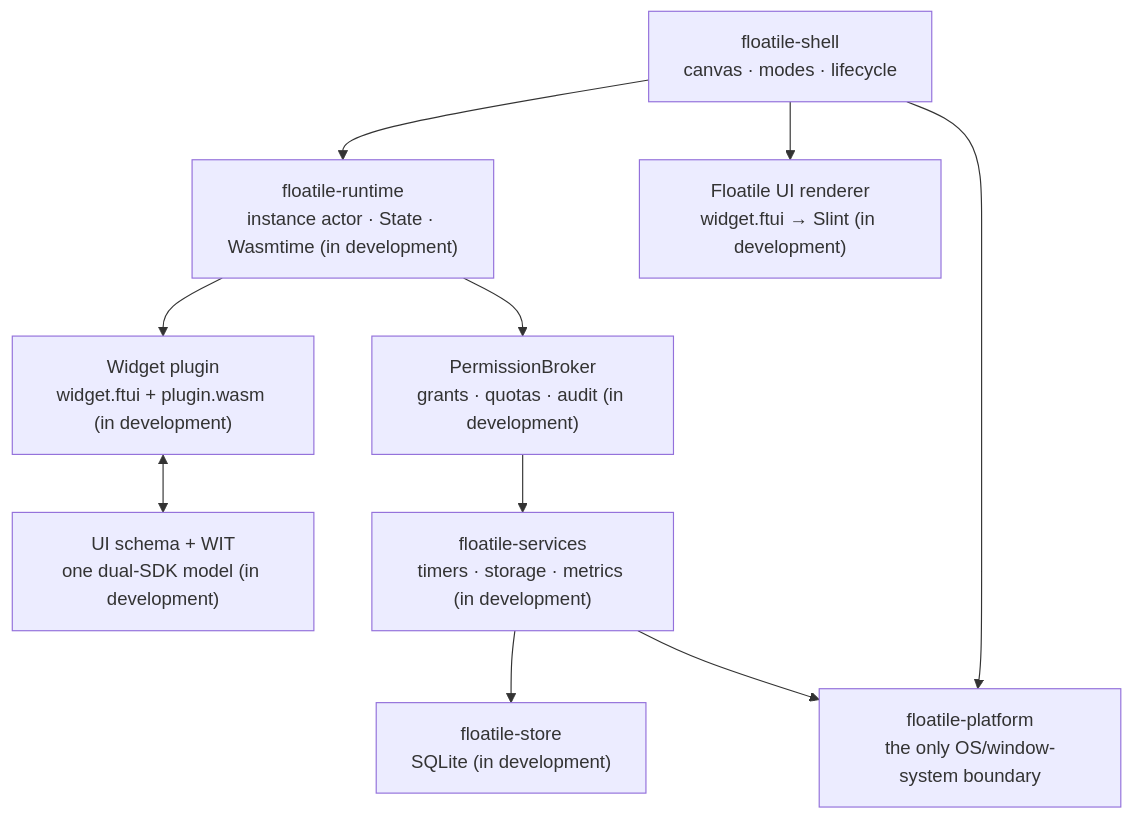
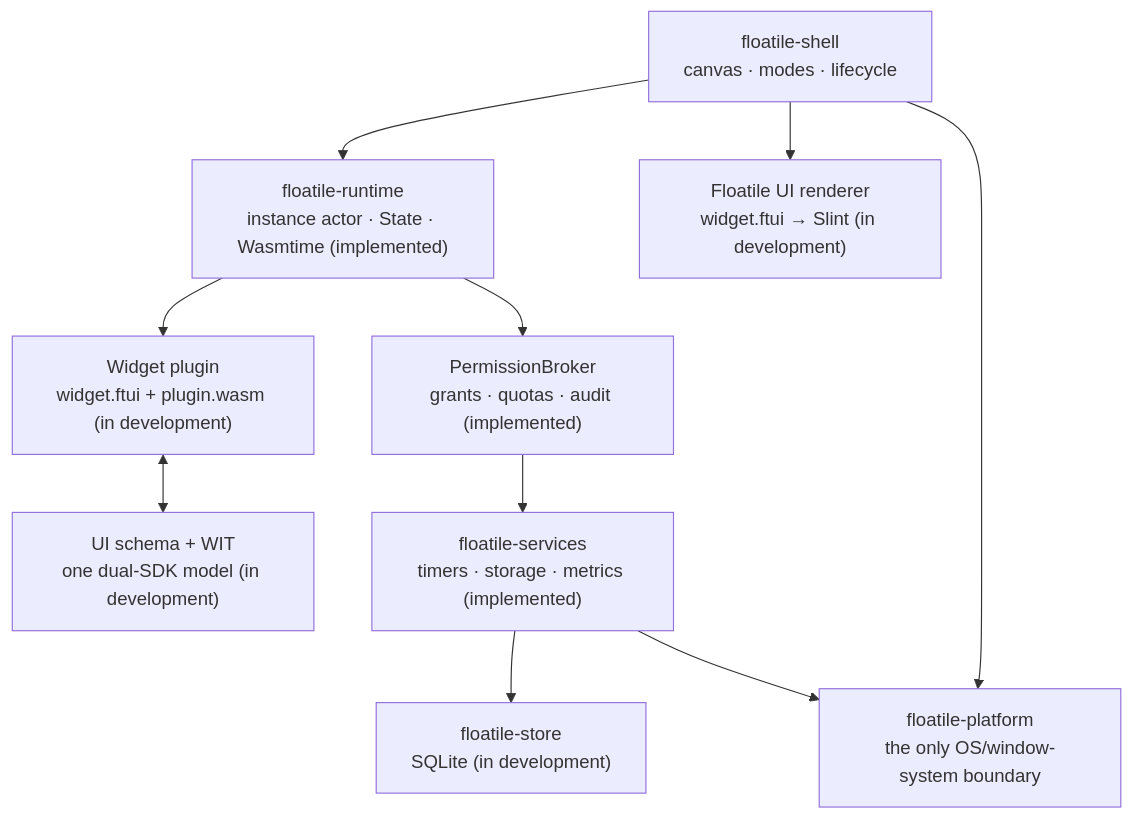
The diagram in README.en.md (powercess/floatile), drawn with Mermaid before and after one commit. The commit also changed other lines of this file and 69 other files, not shown here.

````diff
--- a/README.en.md
+++ b/README.en.md
@@ -133,22 +133,22 @@
 ```mermaid
 flowchart TB
     Shell["floatile-shell<br/>canvas · modes · lifecycle"]
-    Runtime["floatile-runtime<br/>instance actor · State · Wasmtime (in development)"]
+    Runtime["floatile-runtime<br/>instance actor · State · Wasmtime (implemented)"]
     UI["Floatile UI renderer<br/>widget.ftui → Slint (in development)"]
-    Broker["PermissionBroker<br/>grants · quotas · audit (in development)"]
-    Services["floatile-services<br/>timers · storage · metrics (in development)"]
+    Broker["PermissionBroker<br/>grants · quotas · audit (implemented)"]
+    Services["floatile-services<br/>timers · storage · metrics (implemented)"]
     Store["floatile-store<br/>SQLite (in development)"]
     Platform["floatile-platform<br/>the only OS/window-system boundary"]
     Plugin["Widget plugin<br/>widget.ftui + plugin.wasm (in development)"]
     Contract["UI schema + WIT<br/>one dual-SDK model (in development)"]
 
     Shell --> Runtime
     Shell --> UI
     Shell --> Platform
     Runtime --> Plugin
     Plugin <--> Contract
     Runtime --> Broker
     Broker --> Services
     Services --> Store
     Services --> Platform
 ```
````
